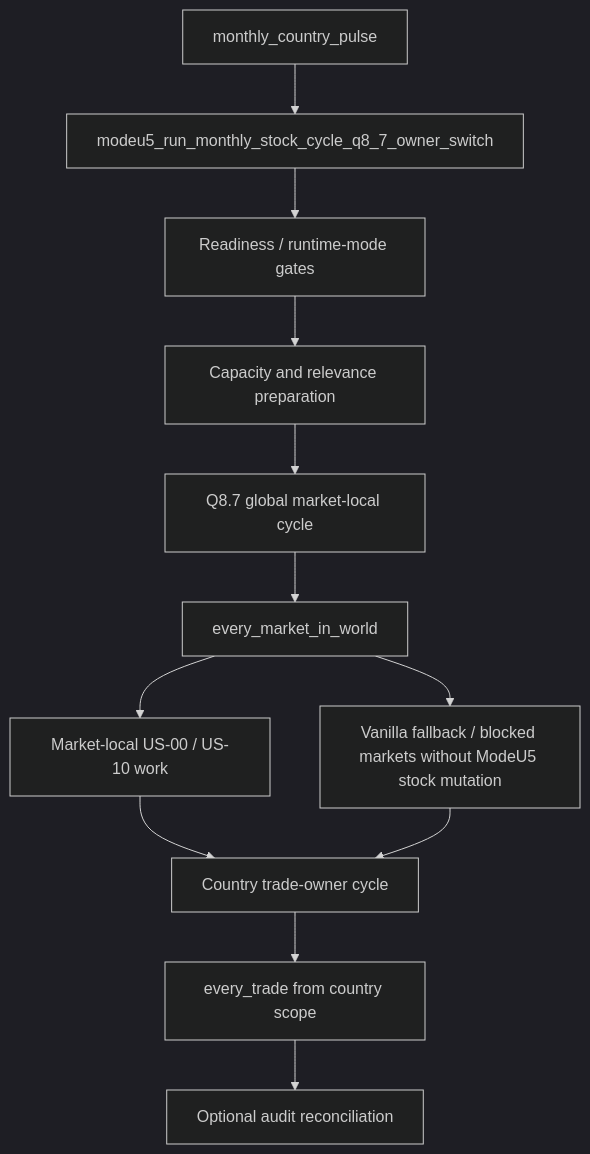
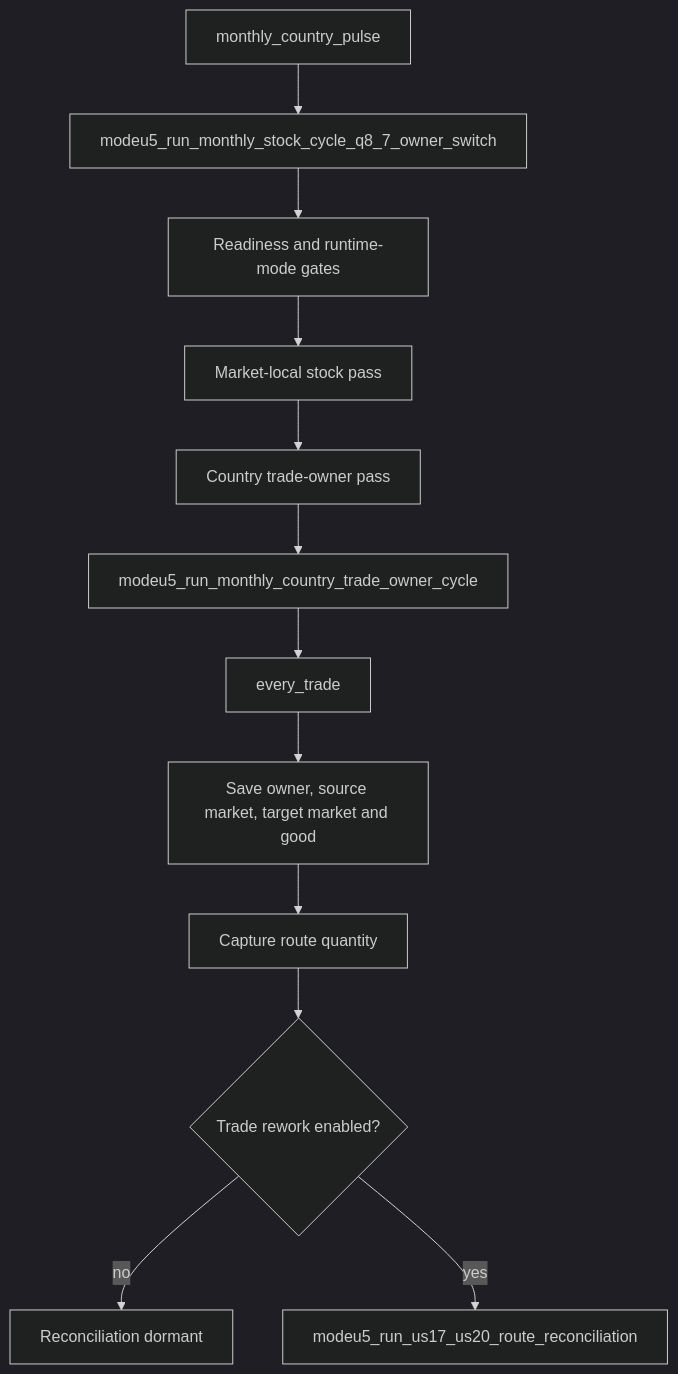
The first of 6 diagrams in docs/audits/pr107/Q5_workflow_state.md (eu5mod/eu5-no-void-economy), drawn with Mermaid (dark theme) before and after one commit. The commit also changed other lines of this file, not shown here.

Commit message:
Update PR107 Q5 flow and coverage status

````diff
--- a/docs/audits/pr107/Q5_workflow_state.md
+++ b/docs/audits/pr107/Q5_workflow_state.md
@@ -13,14 +27,14 @@
 ```mermaid
 flowchart TD
     A[monthly_country_pulse] --> B[modeu5_run_monthly_stock_cycle_q8_7_owner_switch]
-    B --> C[Readiness / runtime-mode gates]
-    C --> D[Capacity and relevance preparation]
-    D --> E[Q8.7 global market-local cycle]
-    E --> F[every_market_in_world]
-    F --> G[Market-local US-00 / US-10 work]
-    F --> H[Vanilla fallback / blocked markets without ModeU5 stock mutation]
-    G --> I[Country trade-owner cycle]
-    H --> I
-    I --> J[every_trade from country scope]
-    J --> K[Optional audit reconciliation]
+    B --> C[Readiness and runtime-mode gates]
+    C --> D[Market-local stock pass]
+    D --> E[Country trade-owner pass]
+    E --> F[modeu5_run_monthly_country_trade_owner_cycle]
+    F --> G[every_trade]
+    G --> H[Save owner, source market, target market and good]
+    H --> I[Capture route quantity]
+    I --> J{Trade rework enabled?}
+    J -- no --> K[Reconciliation dormant]
+    J -- yes --> L[modeu5_run_us17_us20_route_reconciliation]
 ```
````
